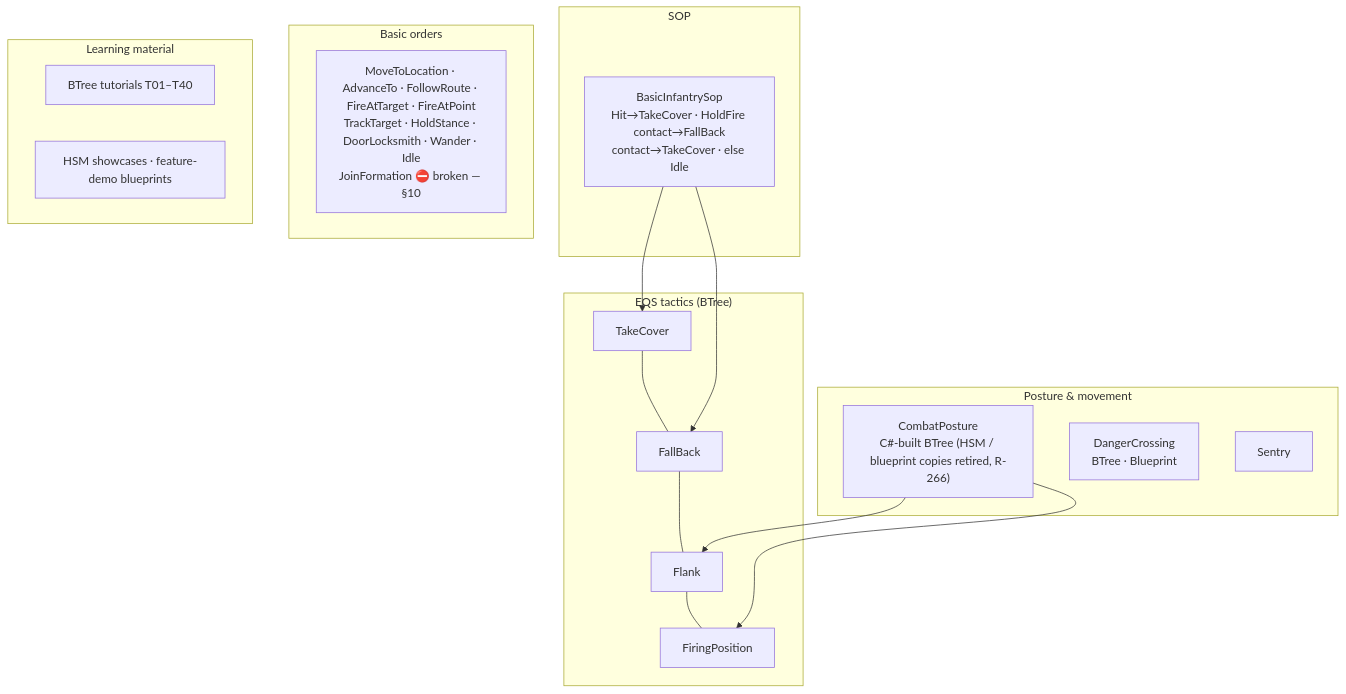
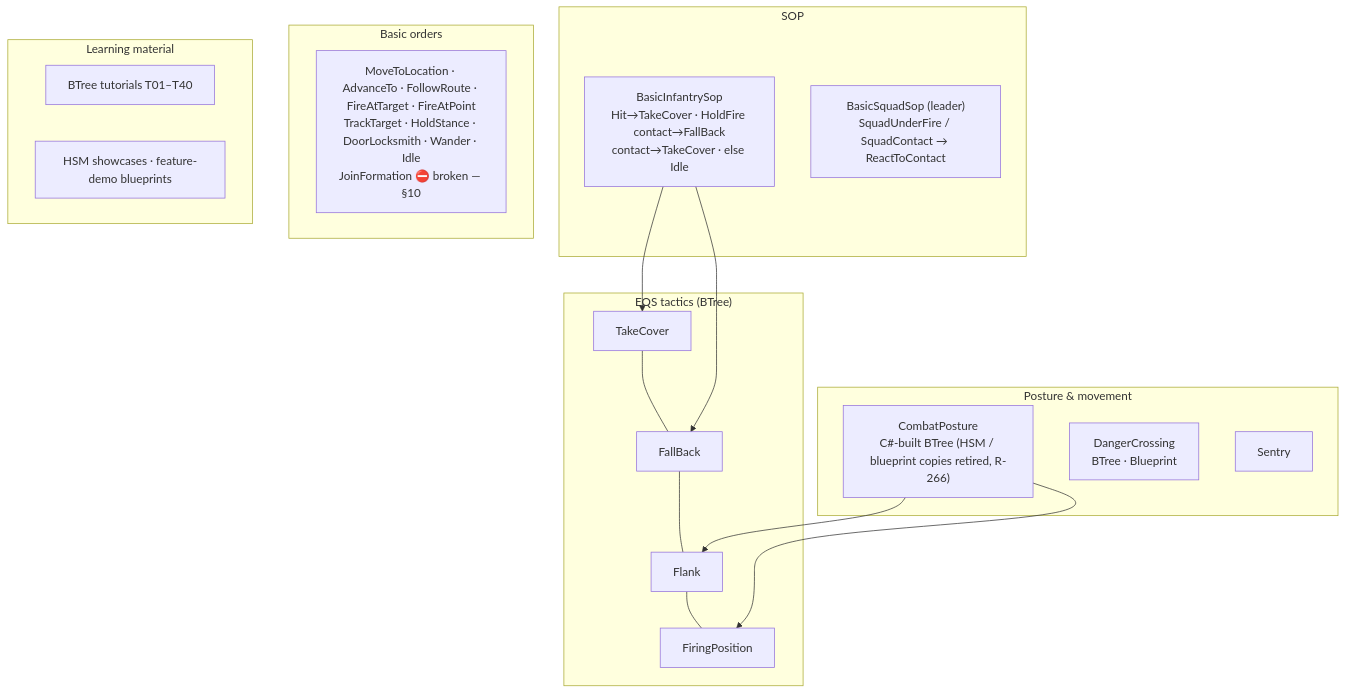
Before and after one commit to pjanec/HROT: the sixth of 10 diagrams in docs/OVERVIEW_Behaviour_Building_Blocks.md, drawn with Mermaid. The commit also changed other lines of this file and 1 other file, not shown here.

First line of the commit message:
CE-2123 S2: the map and Sensors & Doctrine §7.3 learn the squad edges, the squad SOP and the three squad drills (cross-doc fold, behaviors lane)

````diff
--- a/docs/OVERVIEW_Behaviour_Building_Blocks.md
+++ b/docs/OVERVIEW_Behaviour_Building_Blocks.md
@@ -199,25 +199,26 @@
 ```mermaid
 graph TD
   subgraph TAC["EQS tactics (BTree)"]
     a1["TakeCover"] --- a2["FallBack"] --- a3["Flank"] --- a4["FiringPosition"]
   end
   subgraph POS["Posture & movement"]
     b1["CombatPosture<br/>C#-built BTree (HSM / blueprint copies retired, R-266)"]
     b2["DangerCrossing<br/>BTree · Blueprint"]
     b3["Sentry"]
   end
   subgraph SOPB["SOP"]
     c1["BasicInfantrySop<br/>Hit→TakeCover · HoldFire contact→FallBack<br/>contact→TakeCover · else Idle"]
+    c2["BasicSquadSop (leader)<br/>SquadUnderFire / SquadContact → ReactToContact"]
   end
   subgraph BASIC["Basic orders"]
     d1["MoveToLocation · AdvanceTo · FollowRoute · FireAtTarget · FireAtPoint<br/>TrackTarget · HoldStance · DoorLocksmith · Wander · Idle<br/>JoinFormation ⛔ broken — §10"]
   end
   subgraph LEARN["Learning material"]
     e1["BTree tutorials T01–T40"]
     e2["HSM showcases · feature-demo blueprints"]
   end
   c1 --> a1
   c1 --> a2
   b1 --> a3
   b1 --> a4
 ```
````
